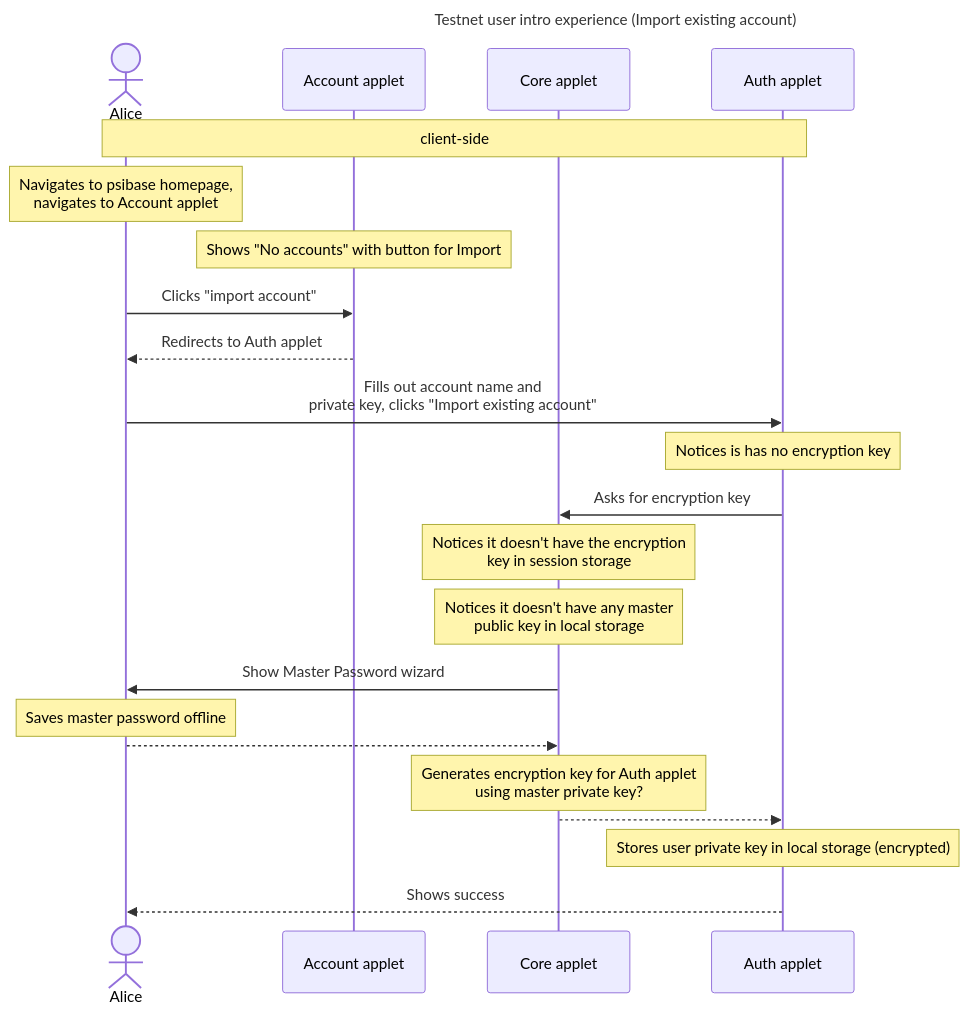
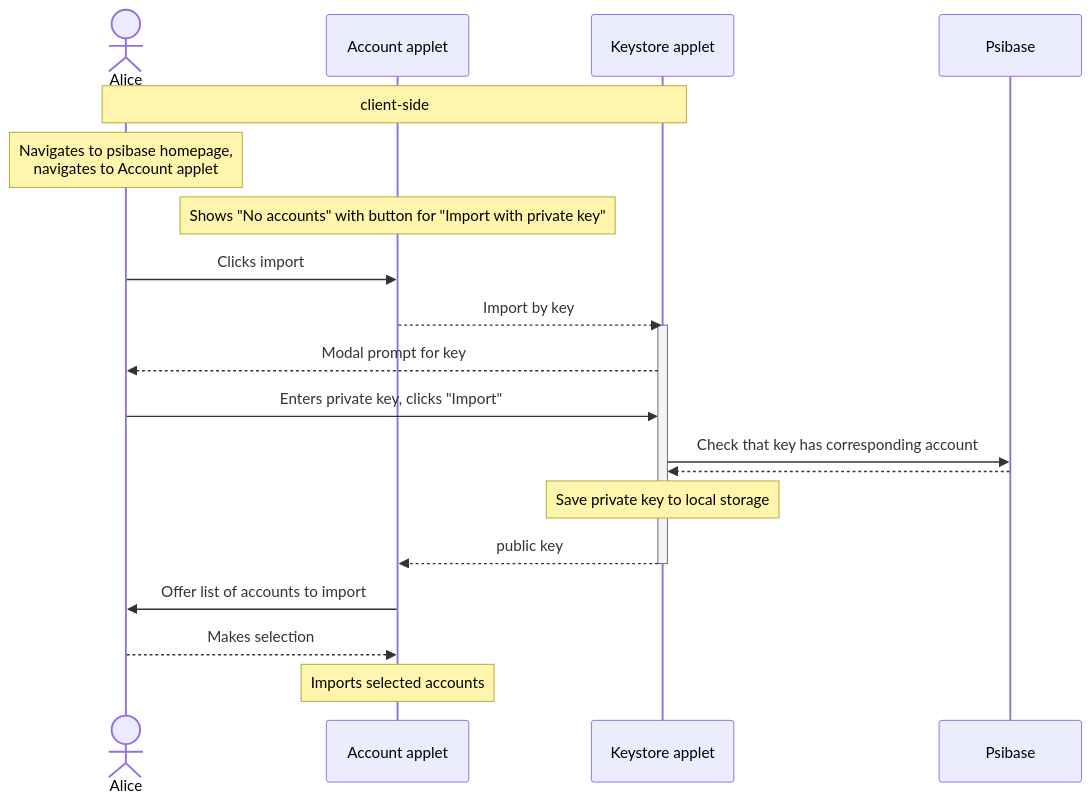
The diagram in doc/diagrams/import-existing-account.md (gofractally/psibase), drawn with Mermaid before and after one commit. The commit also changed other lines of this file and 6 other files, not shown here.

Commit message:
update sequence diagrams

````diff
--- a/doc/diagrams/import-existing-account.md
+++ b/doc/diagrams/import-existing-account.md
@@ -1,27 +2,27 @@
 ```mermaid
+
 sequenceDiagram
-   title Testnet user intro experience (Import existing account)
    actor Alice
    participant Account applet
-   participant Core applet
-   participant Auth applet
-   note over Alice, Auth applet: client-side
+   participant Keystore applet
+   participant Psibase
+   note over Alice, Keystore applet: client-side
 
    Note over Alice: Navigates to psibase homepage, <br>navigates to Account applet
-   Note over Account applet: Shows "No accounts" with button for Import
-   Alice->>Account applet: Clicks "import account"
-   Account applet-->>Alice: Redirects to Auth applet
-   Alice->>Auth applet: Fills out account name and<br>private key, clicks "Import existing account"
-   Note over Auth applet: Notices is has no encryption key
-   Auth applet->>Core applet: Asks for encryption key
-   Note over Core applet: Notices it doesn't have the encryption<br>key in session storage
-   Note over Core applet: Notices it doesn't have any master<br>public key in local storage
-   Core applet->>Alice: Show Master Password wizard
-   Note over Alice: Saves master password offline
-   Alice-->>Core applet: 
-   Note over Core applet: Generates encryption key for Auth applet<br>using master private key?
-   Core applet-->>Auth applet: 
-   Note over Auth applet: Stores user private key in local storage (encrypted)
-   Auth applet-->>Alice: Shows success
+   Note over Account applet: Shows "No accounts" with button for "Import with private key"
+   Alice->>Account applet: Clicks import
+   Account applet-->>Keystore applet: Import by key
+   activate Keystore applet
+   Keystore applet-->>Alice: Modal prompt for key
+   Alice->>Keystore applet: Enters private key, clicks "Import"
+   Keystore applet->>Psibase: Check that key has corresponding account
+   Psibase-->>Keystore applet: 
+   Note over Keystore applet: Save private key to local storage
+   Keystore applet-->>Account applet: public key
+   deactivate Keystore applet
    
+   Account applet->>Alice: Offer list of accounts to import
+   Alice-->>Account applet: Makes selection
+   Note over Account applet: Imports selected accounts
+
 ```
````
